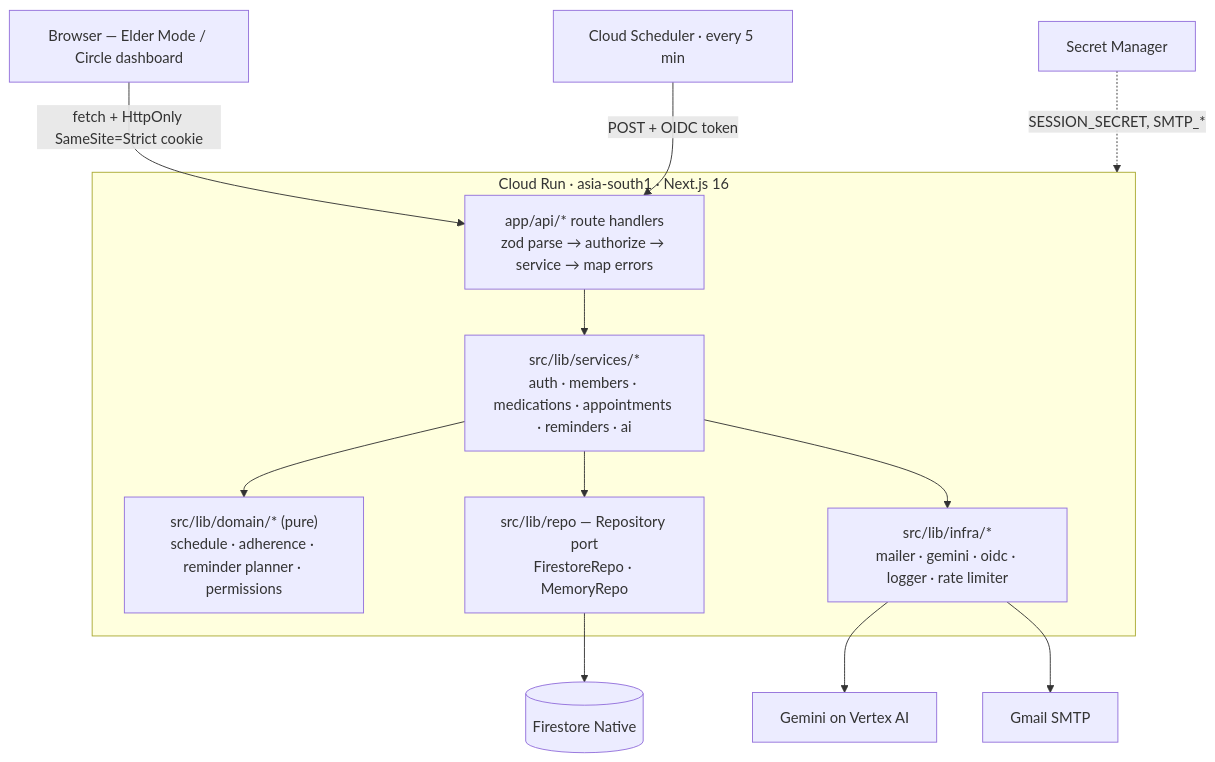
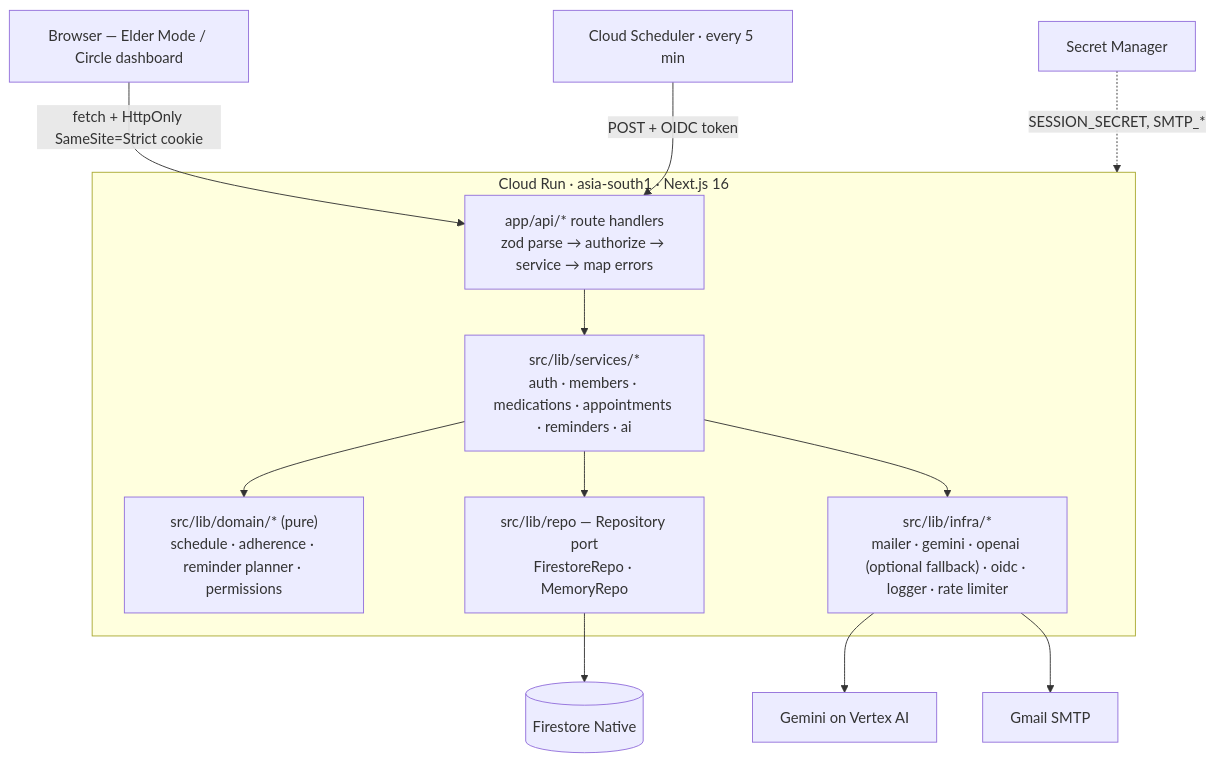
The diagram in README.md (RitikBhardwaj-programmer/carecircle), drawn with Mermaid before and after one commit. The commit also changed other lines of this file and 1 other file, not shown here.

Commit message:
Document design evidence, the assistant, Undo and the optional OpenAI fallback in the README

````diff
--- a/README.md
+++ b/README.md
@@ -37,19 +37,19 @@
 ```mermaid
 flowchart TD
   B[Browser — Elder Mode / Circle dashboard] -- "fetch + HttpOnly SameSite=Strict cookie" --> R
   subgraph CR[Cloud Run · asia-south1 · Next.js 16]
     R["app/api/* route handlers<br/>zod parse → authorize → service → map errors"]
     S["src/lib/services/*<br/>auth · members · medications · appointments · reminders · ai"]
     D["src/lib/domain/* (pure)<br/>schedule · adherence · reminder planner · permissions"]
     P["src/lib/repo — Repository port<br/>FirestoreRepo · MemoryRepo"]
-    I["src/lib/infra/*<br/>mailer · gemini · oidc · logger · rate limiter"]
+    I["src/lib/infra/*<br/>mailer · gemini · openai (optional fallback) · oidc · logger · rate limiter"]
     R --> S --> D
     S --> P
     S --> I
   end
   P --> F[(Firestore Native)]
   I --> G[Gemini on Vertex AI]
   I --> M[Gmail SMTP]
   CS[Cloud Scheduler · every 5 min] -- "POST + OIDC token" --> R
   SM[Secret Manager] -. "SESSION_SECRET, SMTP_*" .-> CR
 ```
````
